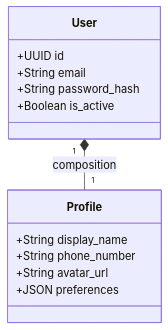
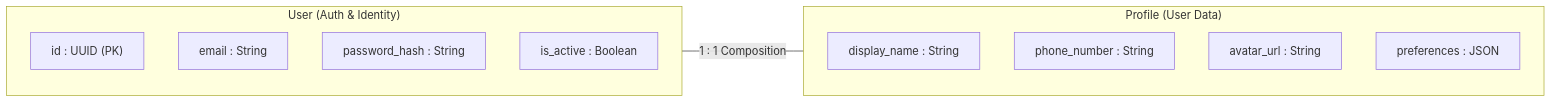
The third of 8 diagrams in content/articles/2026/django-application-design-from-requirements-to-production.md (bendeze/portfolio-frontend), drawn with Mermaid before and after one commit. The commit also changed other lines of this file and 4 other files, not shown here.

Commit message:
fix(diagrams): preserve newlines from syntax highlighter AST and fix diagram rendering

````diff
--- a/content/articles/2026/django-application-design-from-requirements-to-production.md
+++ b/content/articles/2026/django-application-design-from-requirements-to-production.md
@@ -149,16 +149,18 @@
 ```mermaid
-classDiagram
-    class User {
-        +UUID id
-        +String email
-        +String password_hash
-        +Boolean is_active
-    }
-    class Profile {
-        +String display_name
-        +String phone_number
-        +String avatar_url
-        +JSON preferences
-    }
-    User "1" *-- "1" Profile : composition
+flowchart LR
+    subgraph UserEntity ["User (Auth & Identity)"]
+        U1["id : UUID (PK)"]
+        U2["email : String"]
+        U3["password_hash : String"]
+        U4["is_active : Boolean"]
+    end
+
+    subgraph ProfileEntity ["Profile (User Data)"]
+        P1["display_name : String"]
+        P2["phone_number : String"]
+        P3["avatar_url : String"]
+        P4["preferences : JSON"]
+    end
+
+    UserEntity --- |"1 : 1 Composition"| ProfileEntity
 ```
````
